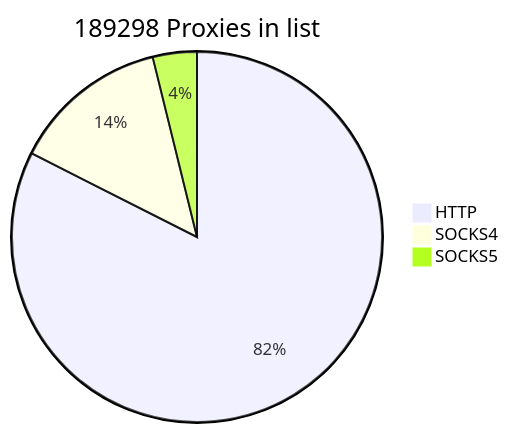
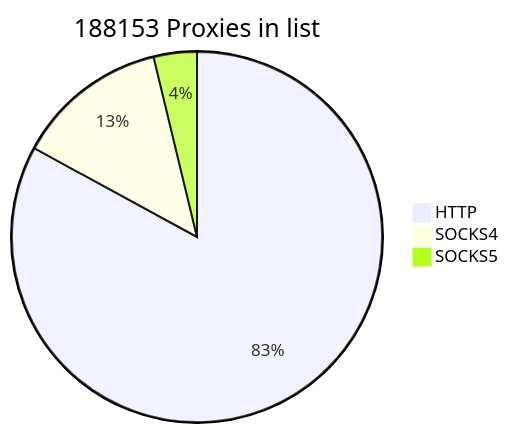
Before and after one commit to cutipu/proxylist: the first of 2 diagrams in README.md, drawn with Mermaid. The commit also changed other lines of this file, not shown here.

````diff
--- a/README.md
+++ b/README.md
@@ -2,7 +2,7 @@
 ```mermaid
-pie title 189298 Proxies in list
-    "HTTP" : 156091
-    "SOCKS4" : 25932
-    "SOCKS5" : 7275
+pie title 188153 Proxies in list
+    "HTTP" : 156064
+    "SOCKS4" : 25002
+    "SOCKS5" : 7087
             
 ```
````
